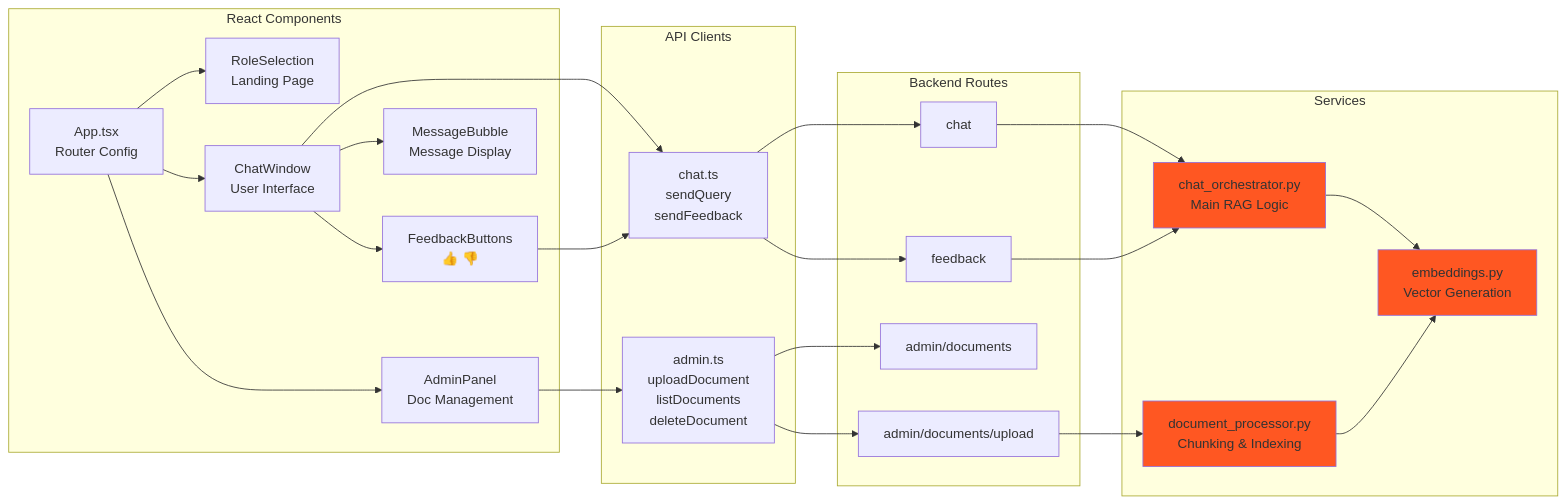
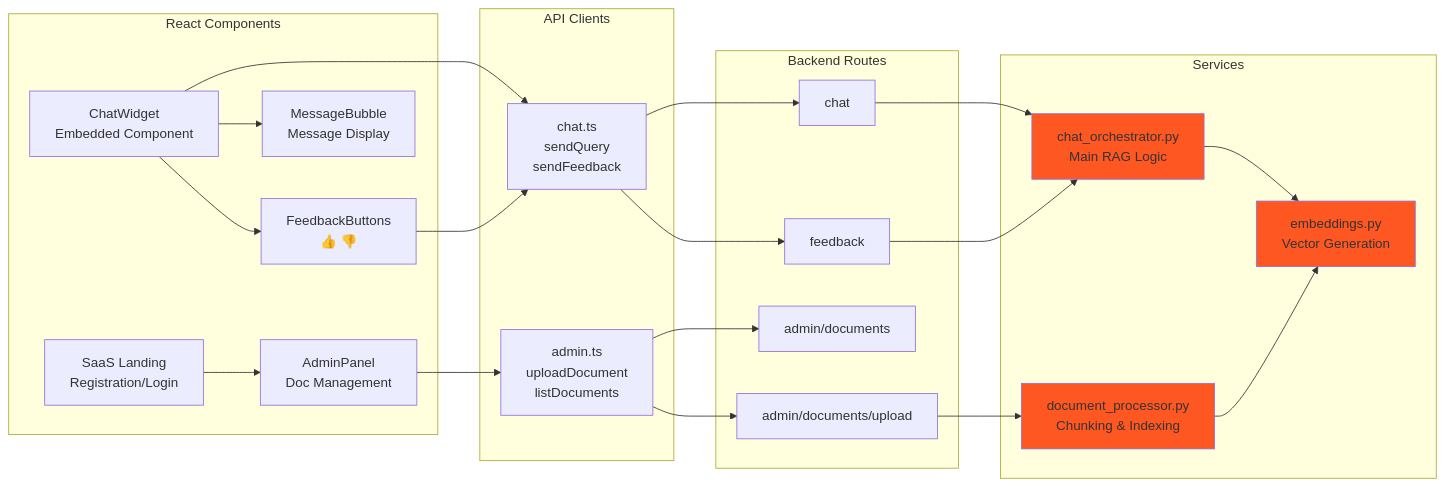
The sixth of 18 diagrams in project_workflow.md (ShantanuV2709/CORPWISE), drawn with Mermaid before and after one commit. The commit also changed other lines of this file and 7 other files, not shown here.

Commit message:
New Test Retrieval section for admin panel

````diff
--- a/project_workflow.md
+++ b/project_workflow.md
@@ -329,56 +333,53 @@
 ```mermaid
 graph LR
     subgraph "React Components"
-        A[App.tsx<br/>Router Config]
-        B[RoleSelection<br/>Landing Page]
-        C[ChatWindow<br/>User Interface]
-        D[AdminPanel<br/>Doc Management]
-        E[MessageBubble<br/>Message Display]
-        F[FeedbackButtons<br/>👍 👎]
+        A[SaaS Landing<br/>Registration/Login]
+        B[AdminPanel<br/>Doc Management]
+        C[ChatWidget<br/>Embedded Component]
+        D[MessageBubble<br/>Message Display]
+        E[FeedbackButtons<br/>👍 👎]
     end
     
     subgraph "API Clients"
-        G[chat.ts<br/>sendQuery<br/>sendFeedback]
-        H[admin.ts<br/>uploadDocument<br/>listDocuments<br/>deleteDocument]
+        F[chat.ts<br/>sendQuery<br/>sendFeedback]
+        G[admin.ts<br/>uploadDocument<br/>listDocuments]
     end
     
     subgraph "Backend Routes"
-        I[chat]
-        J[admin/documents/upload]
-        K[admin/documents]
-        L[feedback]
+        H[chat]
+        I[admin/documents/upload]
+        J[admin/documents]
+        K[feedback]
     end
     
     subgraph "Services"
-        M[chat_orchestrator.py<br/>Main RAG Logic]
-        N[document_processor.py<br/>Chunking & Indexing]
-        O[embeddings.py<br/>Vector Generation]
+        L[chat_orchestrator.py<br/>Main RAG Logic]
+        M[document_processor.py<br/>Chunking & Indexing]
+        N[embeddings.py<br/>Vector Generation]
     end
     
     A --> B
-    A --> C
-    A --> D
     
+    C --> F
+    C --> D
     C --> E
-    C --> F
+    E --> F
     
-    C --> G
-    D --> H
-    F --> G
+    B --> G
     
+    F --> H
+    F --> K
     G --> I
-    G --> L
-    H --> J
-    H --> K
+    G --> J
     
+    H --> L
     I --> M
-    J --> N
-    L --> M
+    K --> L
     
-    M --> O
-    N --> O
+    L --> N
+    M --> N
     
+    style L fill:#FF5722
     style M fill:#FF5722
     style N fill:#FF5722
-    style O fill:#FF5722
 ```
````
